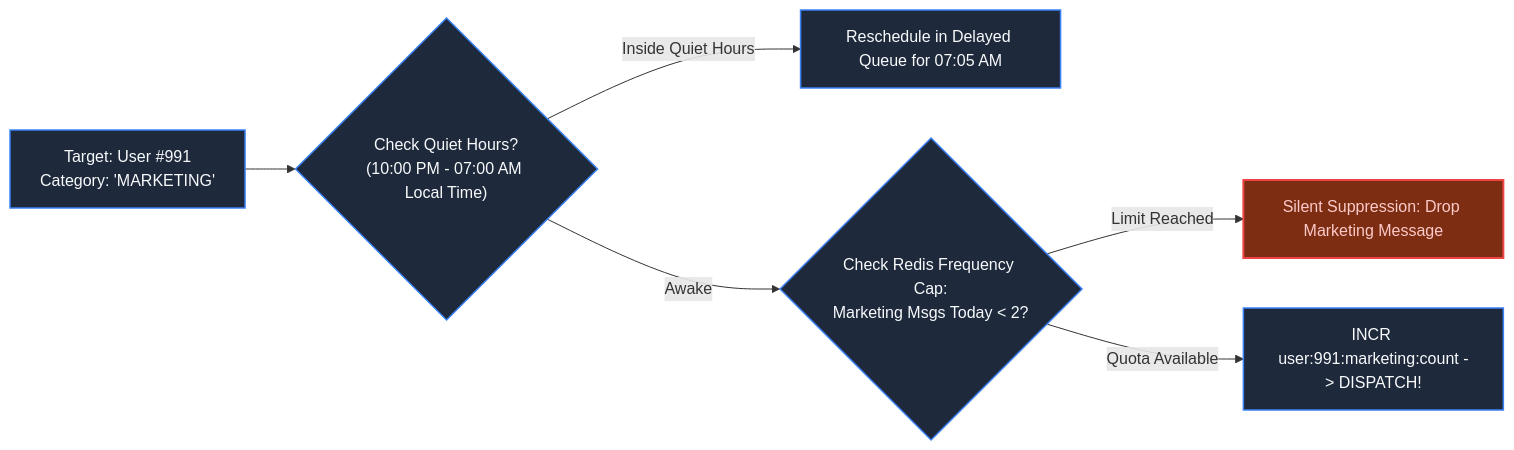
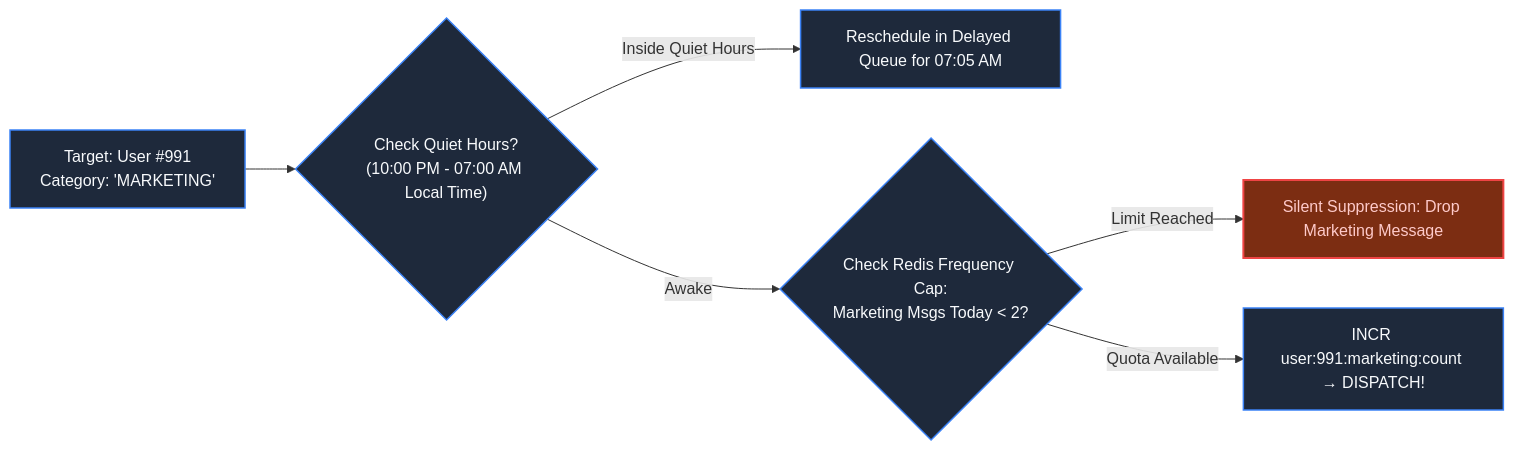
The fourth of 5 diagrams in book/part-03-time-space-asynchrony/chapter-20-system-planetary-notification-engine.md (Priyeshnd555/systems-beyond-the-code), drawn with Mermaid before and after one commit. The commit also changed 33 other files, not shown here.

Commit message:
feat: add dynamic mermaid diagram sanitization and update chart syntax across book chapters

````diff
--- a/book/part-03-time-space-asynchrony/chapter-20-system-planetary-notification-engine.md
+++ b/book/part-03-time-space-asynchrony/chapter-20-system-planetary-notification-engine.md
@@ -91,13 +91,13 @@
 ```mermaid
 flowchart LR
     Msg["Target: User #991\nCategory: 'MARKETING'"] --> DND{"Check Quiet Hours?\n(10:00 PM - 07:00 AM Local Time)"}
     DND -->|Inside Quiet Hours| Delay["Reschedule in Delayed Queue for 07:05 AM"]
     
     DND -->|Awake| Frequency{"Check Redis Frequency Cap:\nMarketing Msgs Today < 2?"}
     Frequency -->|Limit Reached| Suppress["Silent Suppression: Drop Marketing Message"]
-    Frequency -->|Quota Available| Allow["INCR user:991:marketing:count -> DISPATCH!"]
+    Frequency -->|Quota Available| Allow["INCR user:991:marketing:count → DISPATCH!"]
 
     classDef default fill:#1e293b,stroke:#3b82f6,stroke-width:1.5px,color:#f8fafc;
     classDef reject fill:#7c2d12,stroke:#ef4444,stroke-width:2px,color:#fecaca;
     class Suppress reject;
 ```
````
